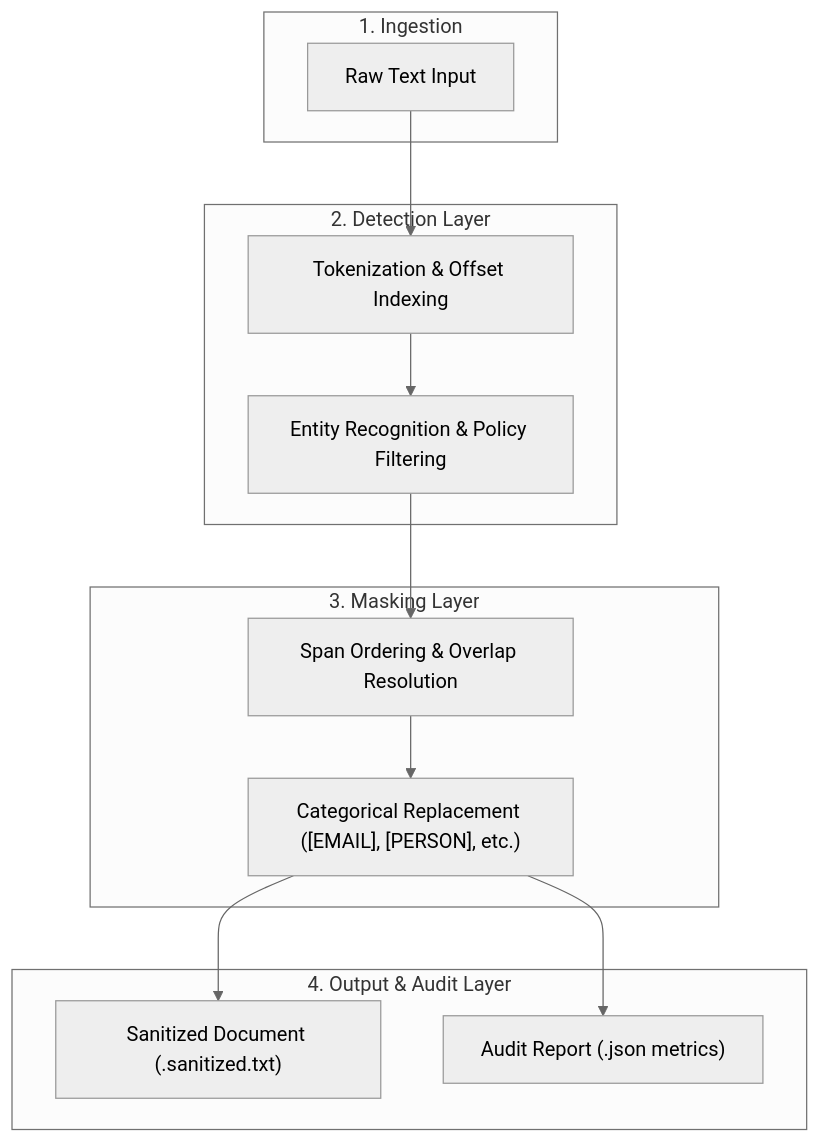
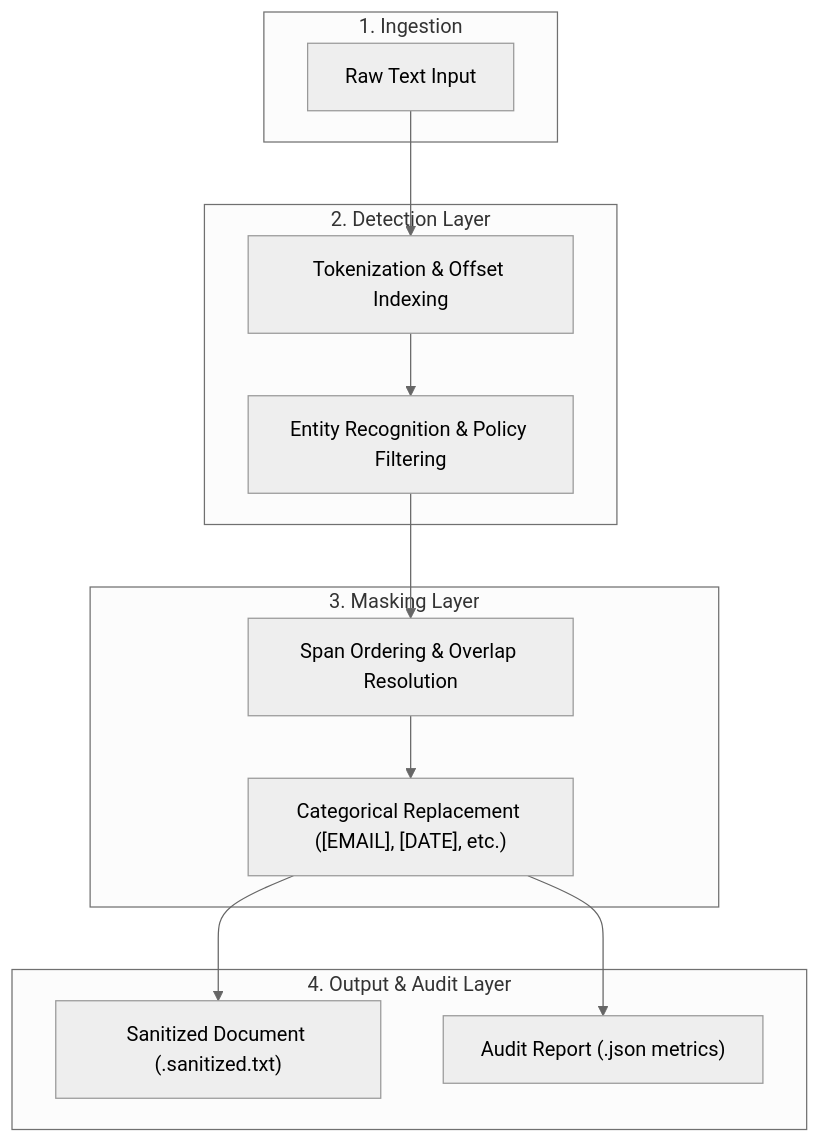
Before and after one commit to Ahmed-Maher77/LLM-Privacy-Gateway___PII-De-identification-and-Re-identification: the diagram in README.md, drawn with Mermaid (neutral theme). The commit also changed other lines of this file and 4 other files, not shown here.

````diff
--- a/README.md
+++ b/README.md
@@ -11,28 +11,28 @@
 ```mermaid
 flowchart TD
     subgraph S1["1. Ingestion"]
         A["Raw Text Input"]
     end
 
     subgraph S2["2. Detection Layer"]
         B["Tokenization & Offset Indexing"]
         C["Entity Recognition & Policy Filtering"]
         B --> C
     end
 
     subgraph S3["3. Masking Layer"]
         D["Span Ordering & Overlap Resolution"]
-        E["Categorical Replacement ([EMAIL], [PERSON], etc.)"]
+        E["Categorical Replacement ([EMAIL], [DATE], etc.)"]
         D --> E
     end
 
     subgraph S4["4. Output & Audit Layer"]
         F["Sanitized Document (.sanitized.txt)"]
         G["Audit Report (.json metrics)"]
     end
 
     A --> B
     C --> D
     E --> F
     E --> G
 ```
````
